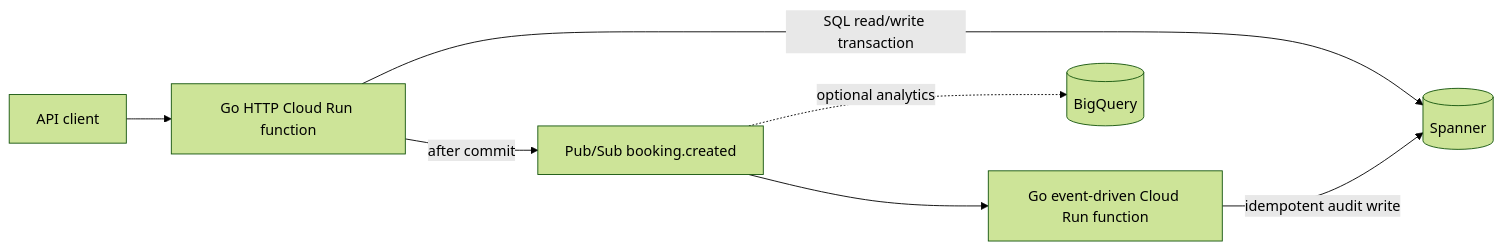
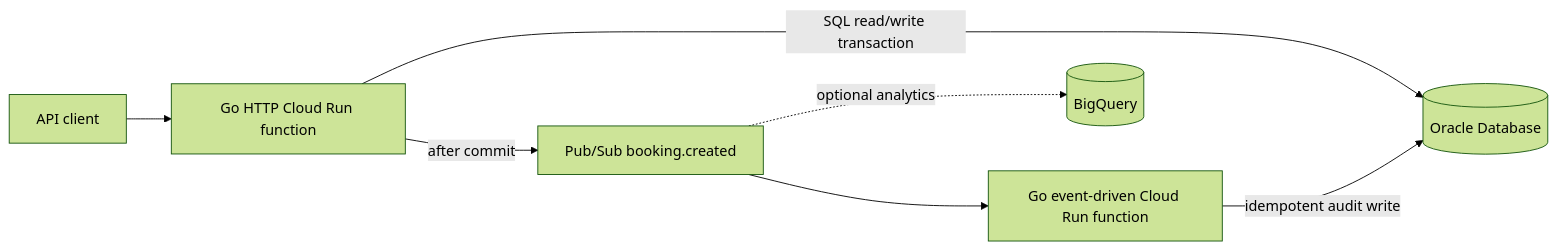
Before and after one commit to sses79/hotel-booking-go: the diagram in plan.md, drawn with Mermaid (forest theme). The commit also changed other lines of this file and 16 other files, not shown here.

Commit message:
Replace Spanner with Oracle Database

````diff
--- a/plan.md
+++ b/plan.md
@@ -37,9 +37,9 @@
 ```mermaid
 flowchart LR
     Client[API client] --> API[Go HTTP Cloud Run function]
-    API -->|SQL read/write transaction| DB[(Spanner)]
+    API -->|SQL read/write transaction| DB[(Oracle Database)]
     API -->|after commit| Topic[Pub/Sub booking.created]
     Topic --> Worker[Go event-driven Cloud Run function]
     Worker -->|idempotent audit write| DB
     Topic -. optional analytics .-> BQ[(BigQuery)]
 ```
````
